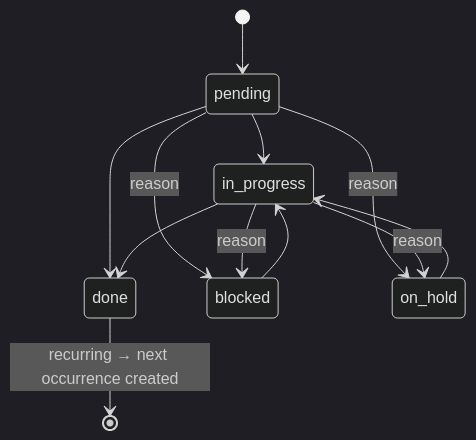
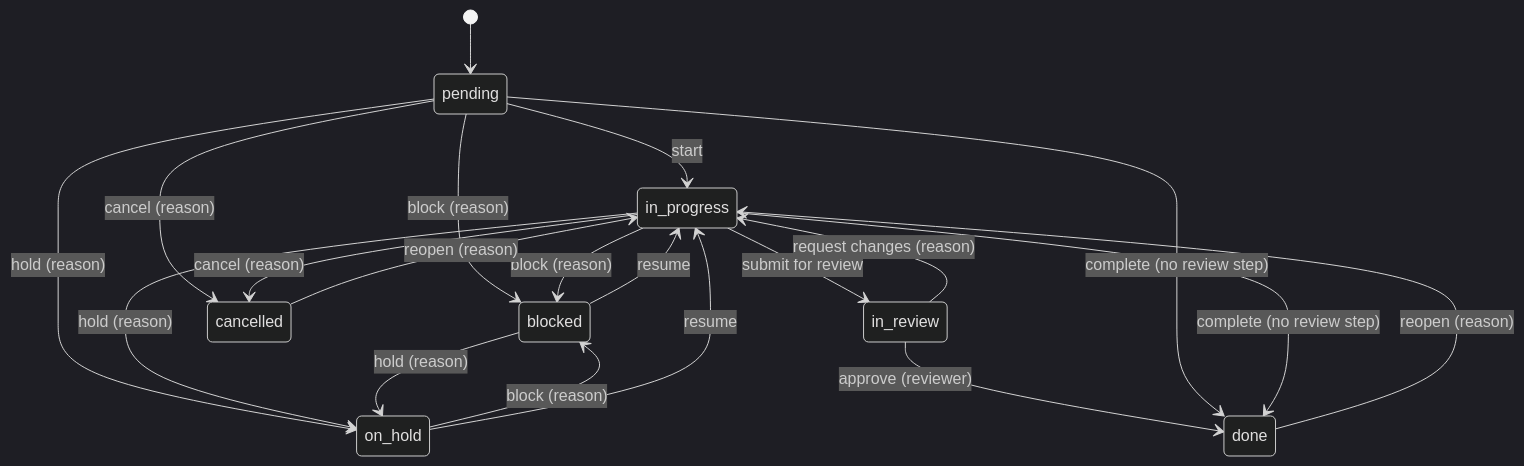
Before and after one commit to team832/Elevate-OS: diagram 16 of 16 in apps/business-ops-os/docs/WORKFLOWS.md, drawn with Mermaid (dark theme). The commit also changed other lines of this file and 327 other files, not shown here.

````diff
--- a/apps/business-ops-os/docs/WORKFLOWS.md
+++ b/apps/business-ops-os/docs/WORKFLOWS.md
@@ -293,14 +293,22 @@
 ```mermaid
 stateDiagram-v2
   [*] --> pending
-  pending --> in_progress
-  pending --> done
-  in_progress --> done
-  pending --> blocked: reason
-  in_progress --> blocked: reason
-  pending --> on_hold: reason
-  in_progress --> on_hold: reason
-  blocked --> in_progress
-  on_hold --> in_progress
-  done --> [*]: recurring → next occurrence created
+  pending --> in_progress: start
+  pending --> blocked: block (reason)
+  in_progress --> blocked: block (reason)
+  on_hold --> blocked: block (reason)
+  pending --> on_hold: hold (reason)
+  in_progress --> on_hold: hold (reason)
+  blocked --> on_hold: hold (reason)
+  blocked --> in_progress: resume
+  on_hold --> in_progress: resume
+  in_progress --> in_review: submit for review
+  in_review --> done: approve (reviewer)
+  in_review --> in_progress: request changes (reason)
+  pending --> done: complete (no review step)
+  in_progress --> done: complete (no review step)
+  pending --> cancelled: cancel (reason)
+  in_progress --> cancelled: cancel (reason)
+  done --> in_progress: reopen (reason)
+  cancelled --> in_progress: reopen (reason)
 ```
````
